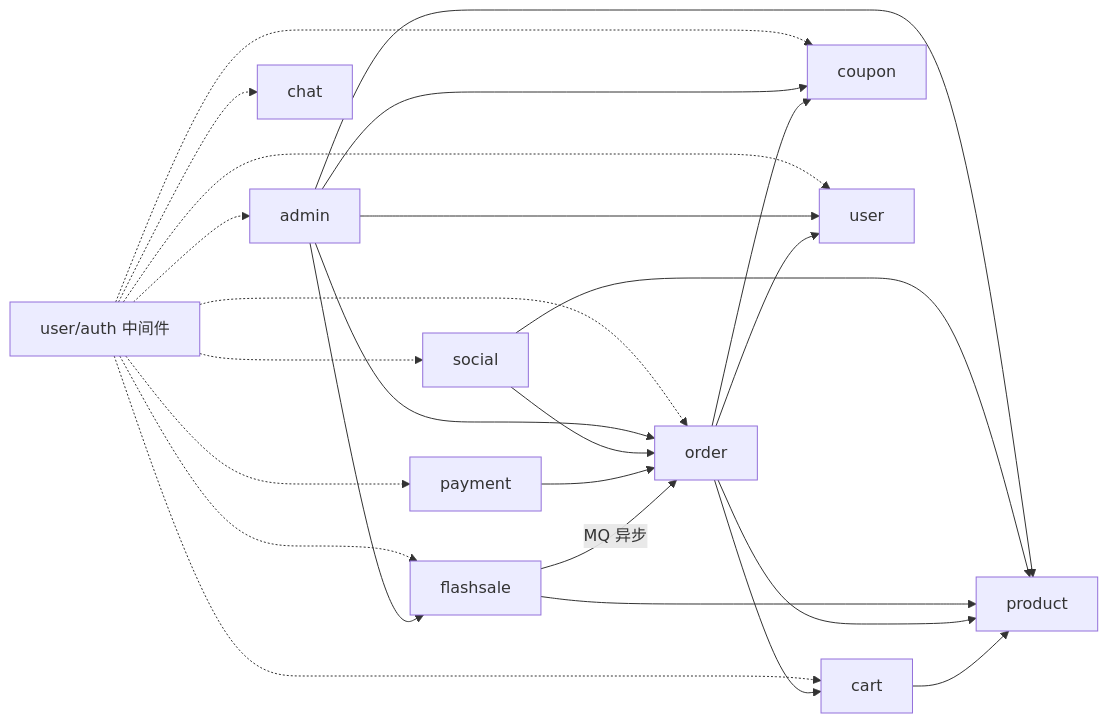
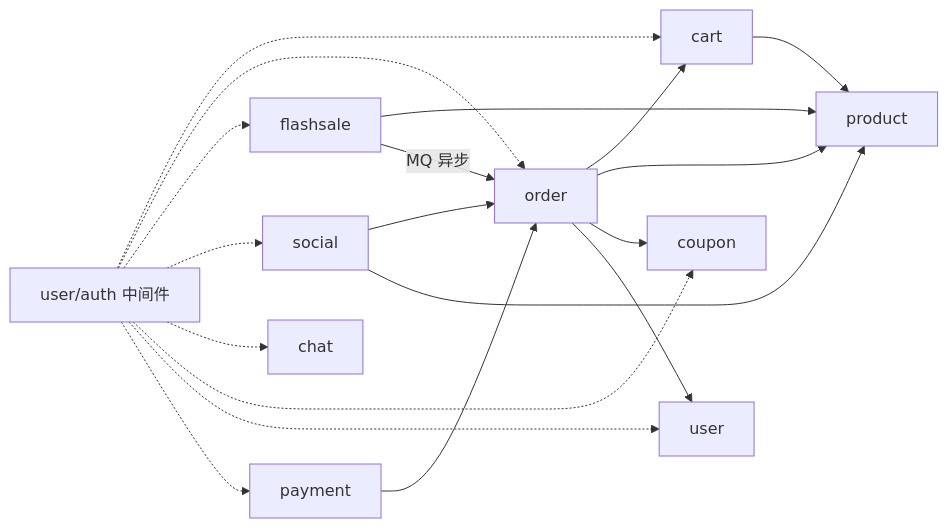
One commit to xiangzhang-coding/go-single changed the diagram in docs/DESIGN.md. Above: the diagram before and after it, drawn with Mermaid. The commit also changed other lines of this file, not shown here.

Commit message:
docs: T04 DESIGN.md admin 结构与 DAG 对齐实现（移除 internal/admin/ 目录行，改为说明段：product/order/flashsale/coupon 各自内联 /api/admin/* 路由组 + RequireAdmin，业务逻辑复用模块 service，对齐 spec 实现决策；DAG 删除 admin 节点 5 条边与 auth 虚线并标注横切路由组属性；页面清单后台管理归属同步指向真实模块，Closes #37）

````diff
--- a/docs/DESIGN.md
+++ b/docs/DESIGN.md
@@ -243,27 +244,21 @@
 ```mermaid
 graph LR
     cart --> product
     order --> cart
     order --> product
     order --> coupon
     order --> user
     flashsale --> product
     flashsale -->|MQ 异步| order
     payment --> order
     social --> order
     social --> product
-    admin --> user
-    admin --> product
-    admin --> order
-    admin --> flashsale
-    admin --> coupon
     auth[user/auth 中间件] -.-> cart
     auth -.-> order
     auth -.-> flashsale
     auth -.-> social
     auth -.-> chat
     auth -.-> coupon
-    auth -.-> admin
     auth -.-> user
     auth -.-> payment
 ```
````
